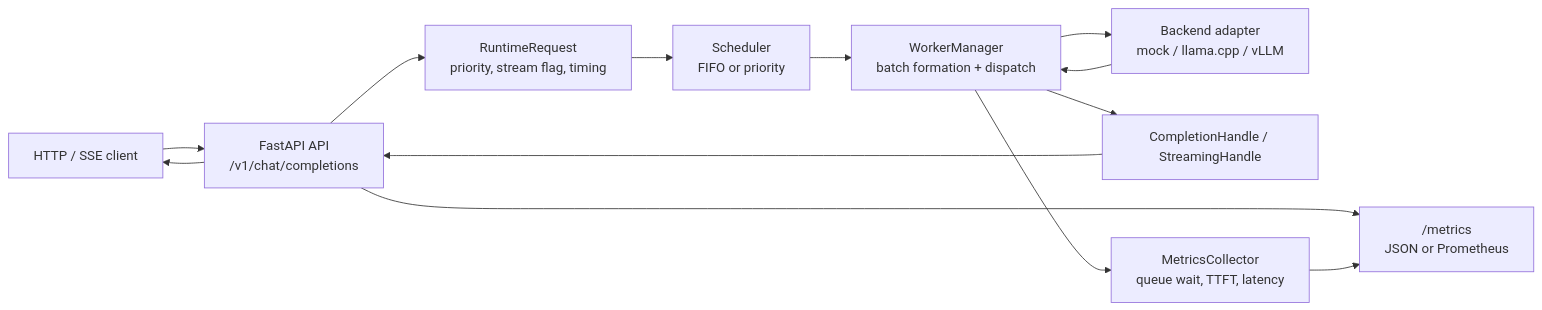
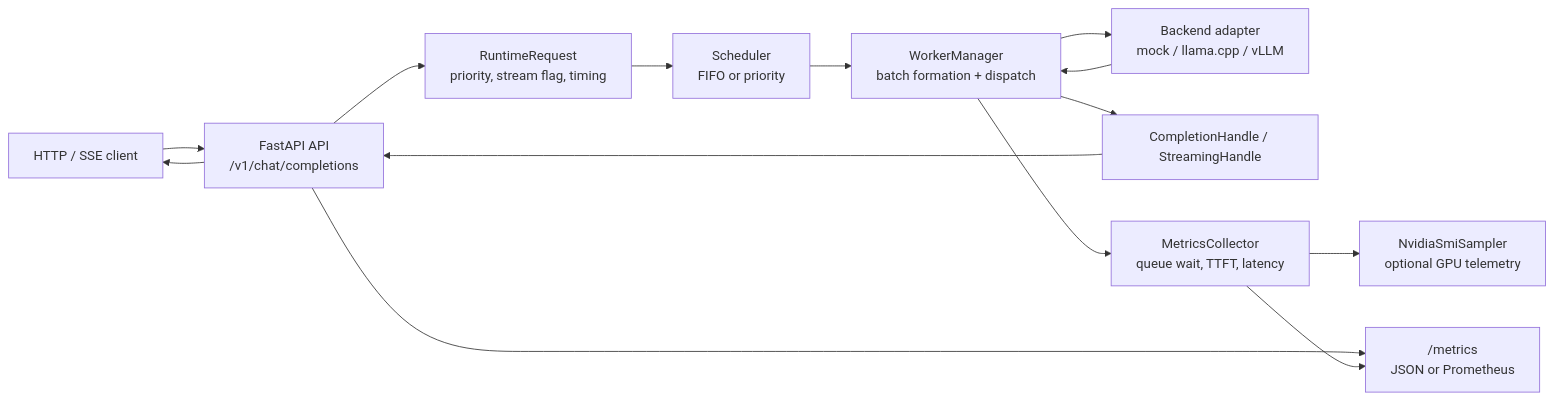
The diagram in README.md (KiriSchrieffer/llm-serving-runtime), drawn with Mermaid before and after one commit. The commit also changed other lines of this file and 5 other files, not shown here.

Commit message:
Add nvidia-smi GPU metrics sampler

````diff
--- a/README.md
+++ b/README.md
@@ -22,15 +22,16 @@
 ```mermaid
 flowchart LR
     Client["HTTP / SSE client"] --> API["FastAPI API<br/>/v1/chat/completions"]
     API --> Request["RuntimeRequest<br/>priority, stream flag, timing"]
     Request --> Scheduler["Scheduler<br/>FIFO or priority"]
     Scheduler --> Worker["WorkerManager<br/>batch formation + dispatch"]
     Worker --> Backend["Backend adapter<br/>mock / llama.cpp / vLLM"]
     Backend --> Worker
     Worker --> Handles["CompletionHandle / StreamingHandle"]
     Handles --> API
     API --> Client
     Worker --> Metrics["MetricsCollector<br/>queue wait, TTFT, latency"]
+    Metrics --> GPU["NvidiaSmiSampler<br/>optional GPU telemetry"]
     API --> MetricsEndpoint["/metrics<br/>JSON or Prometheus"]
     Metrics --> MetricsEndpoint
 ```
````
